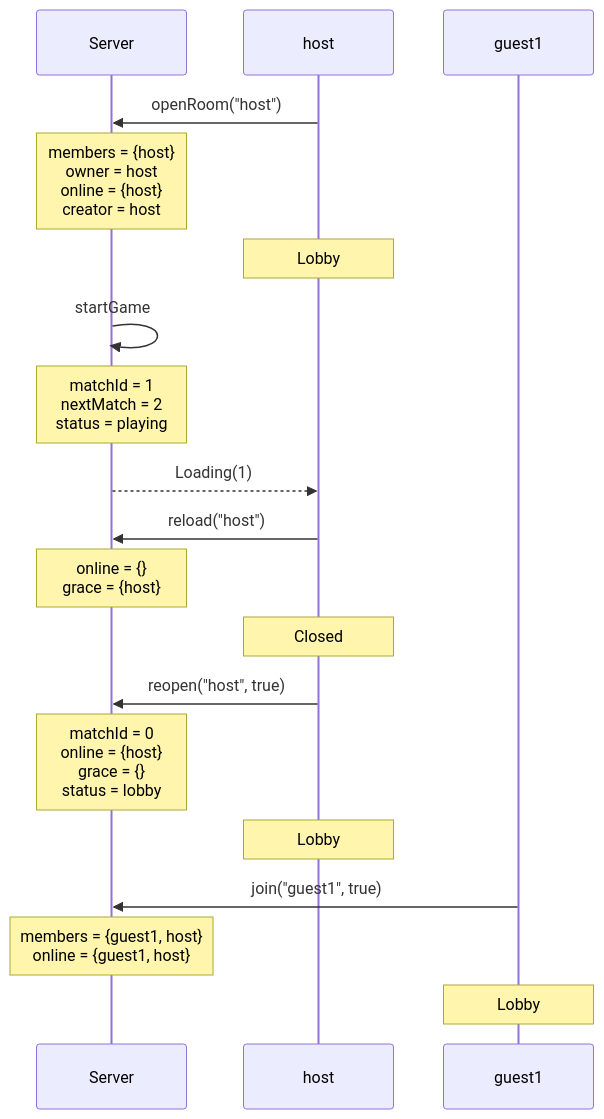
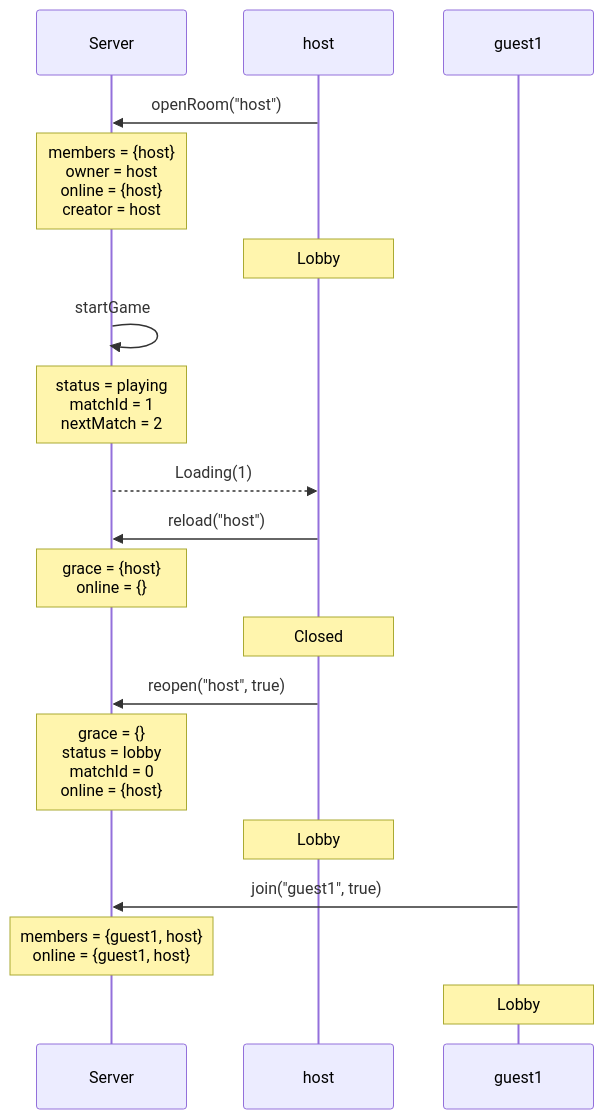
Before and after one commit to kwilson21/kaillera-next: the first of 11 diagrams in docs/spec-traces.md, drawn with Mermaid. The commit also changed other lines of this file, not shown here.

````diff
--- a/docs/spec-traces.md
+++ b/docs/spec-traces.md
@@ -17,21 +17,21 @@
 ```mermaid
 sequenceDiagram
   participant Server
   participant host
   participant guest1
   host->>Server: openRoom("host")
   Note over Server: members = {host}<br/>owner = host<br/>online = {host}<br/>creator = host
   Note over host: Lobby
   Server->>Server: startGame
-  Note over Server: matchId = 1<br/>nextMatch = 2<br/>status = playing
+  Note over Server: status = playing<br/>matchId = 1<br/>nextMatch = 2
   Server-->>host: Loading(1)
   host->>Server: reload("host")
-  Note over Server: online = {}<br/>grace = {host}
+  Note over Server: grace = {host}<br/>online = {}
   Note over host: Closed
   host->>Server: reopen("host", true)
-  Note over Server: matchId = 0<br/>online = {host}<br/>grace = {}<br/>status = lobby
+  Note over Server: grace = {}<br/>status = lobby<br/>matchId = 0<br/>online = {host}
   Note over host: Lobby
   guest1->>Server: join("guest1", true)
   Note over Server: members = {guest1, host}<br/>online = {guest1, host}
   Note over guest1: Lobby
 ```
````
